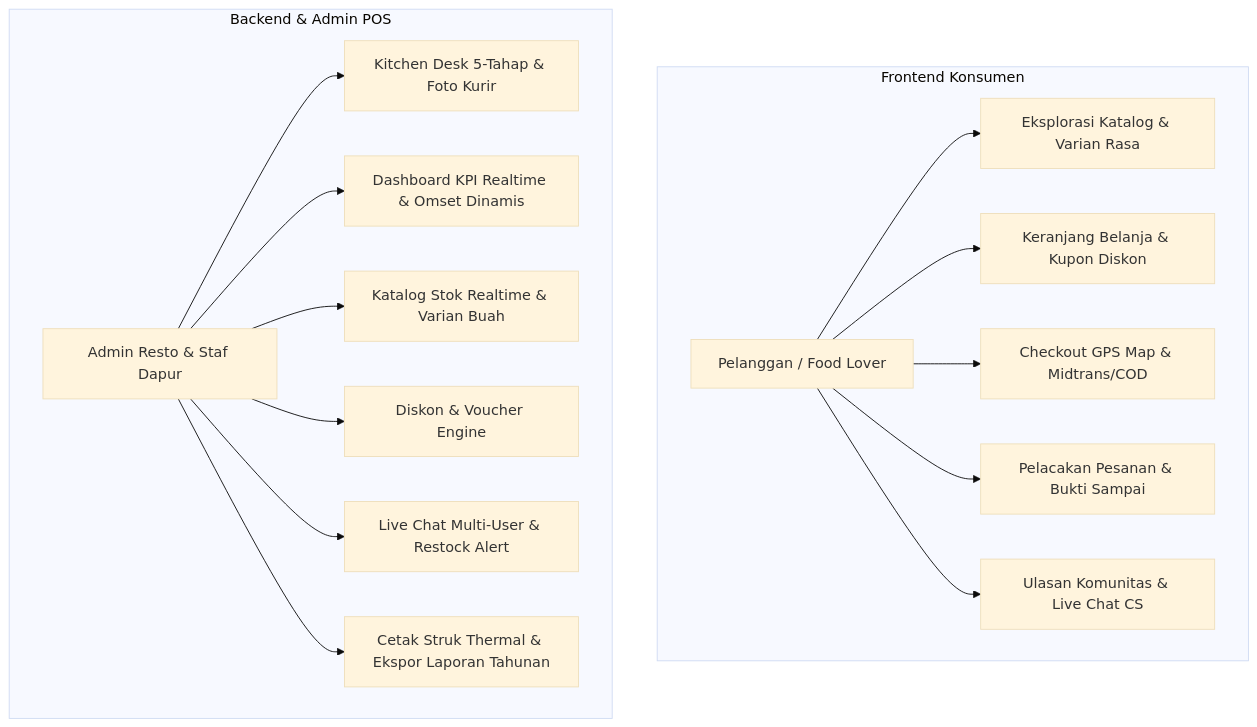
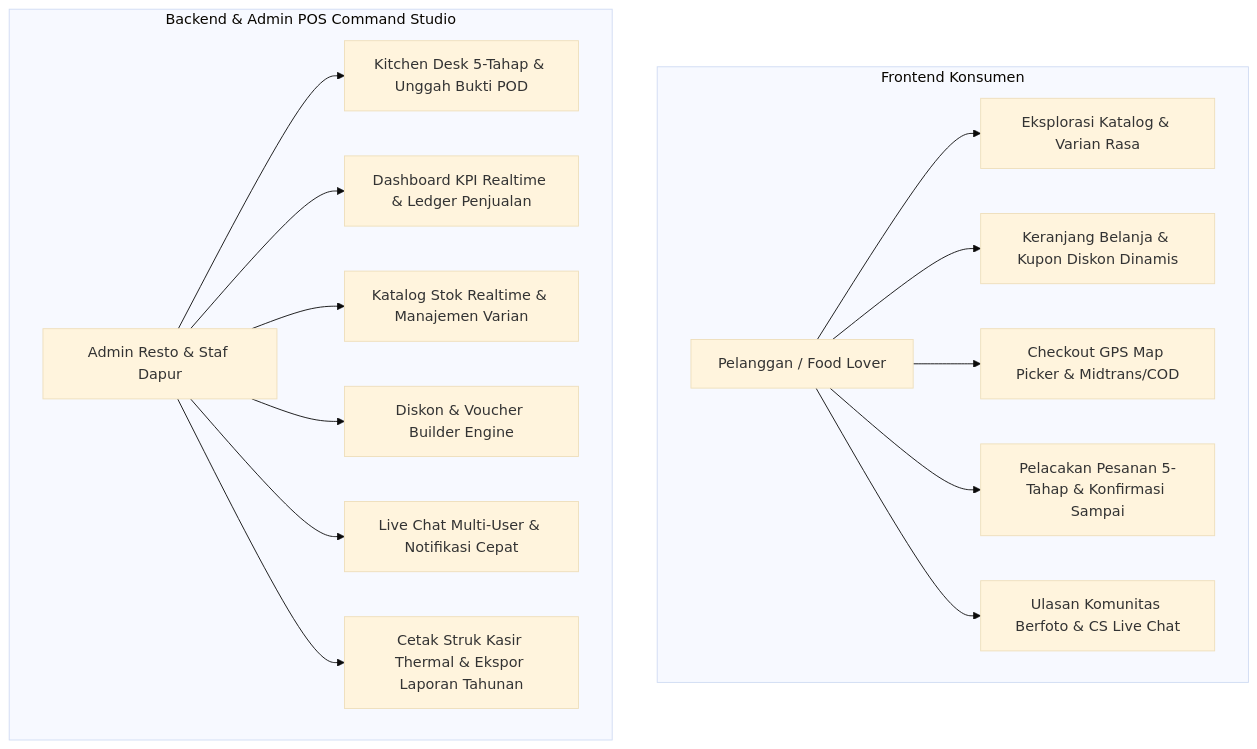
Before and after one commit to fatihahmadzakky19/Nefakky3: the diagram in nefakky3/docs/PRD.md, drawn with Mermaid (base theme). The commit also changed other lines of this file and 15 other files, not shown here.

````diff
--- a/nefakky3/docs/PRD.md
+++ b/nefakky3/docs/PRD.md
@@ -29,19 +36,19 @@
 ```mermaid
 graph TD
     subgraph Frontend Konsumen
         C[Pelanggan / Food Lover] --> C1[Eksplorasi Katalog & Varian Rasa]
-        C --> C2[Keranjang Belanja & Kupon Diskon]
-        C --> C3[Checkout GPS Map & Midtrans/COD]
-        C --> C4[Pelacakan Pesanan & Bukti Sampai]
-        C --> C5[Ulasan Komunitas & Live Chat CS]
+        C --> C2[Keranjang Belanja & Kupon Diskon Dinamis]
+        C --> C3[Checkout GPS Map Picker & Midtrans/COD]
+        C --> C4[Pelacakan Pesanan 5-Tahap & Konfirmasi Sampai]
+        C --> C5[Ulasan Komunitas Berfoto & CS Live Chat]
     end
 
-    subgraph Backend & Admin POS
-        A[Admin Resto & Staf Dapur] --> A1[Kitchen Desk 5-Tahap & Foto Kurir]
-        A --> A2[Dashboard KPI Realtime & Omset Dinamis]
-        A --> A3[Katalog Stok Realtime & Varian Buah]
-        A --> A4[Diskon & Voucher Engine]
-        A --> A5[Live Chat Multi-User & Restock Alert]
-        A --> A6[Cetak Struk Thermal & Ekspor Laporan Tahunan]
+    subgraph Backend & Admin POS Command Studio
+        A[Admin Resto & Staf Dapur] --> A1[Kitchen Desk 5-Tahap & Unggah Bukti POD]
+        A --> A2[Dashboard KPI Realtime & Ledger Penjualan]
+        A --> A3[Katalog Stok Realtime & Manajemen Varian]
+        A --> A4[Diskon & Voucher Builder Engine]
+        A --> A5[Live Chat Multi-User & Notifikasi Cepat]
+        A --> A6[Cetak Struk Kasir Thermal & Ekspor Laporan Tahunan]
     end
 ```
````
